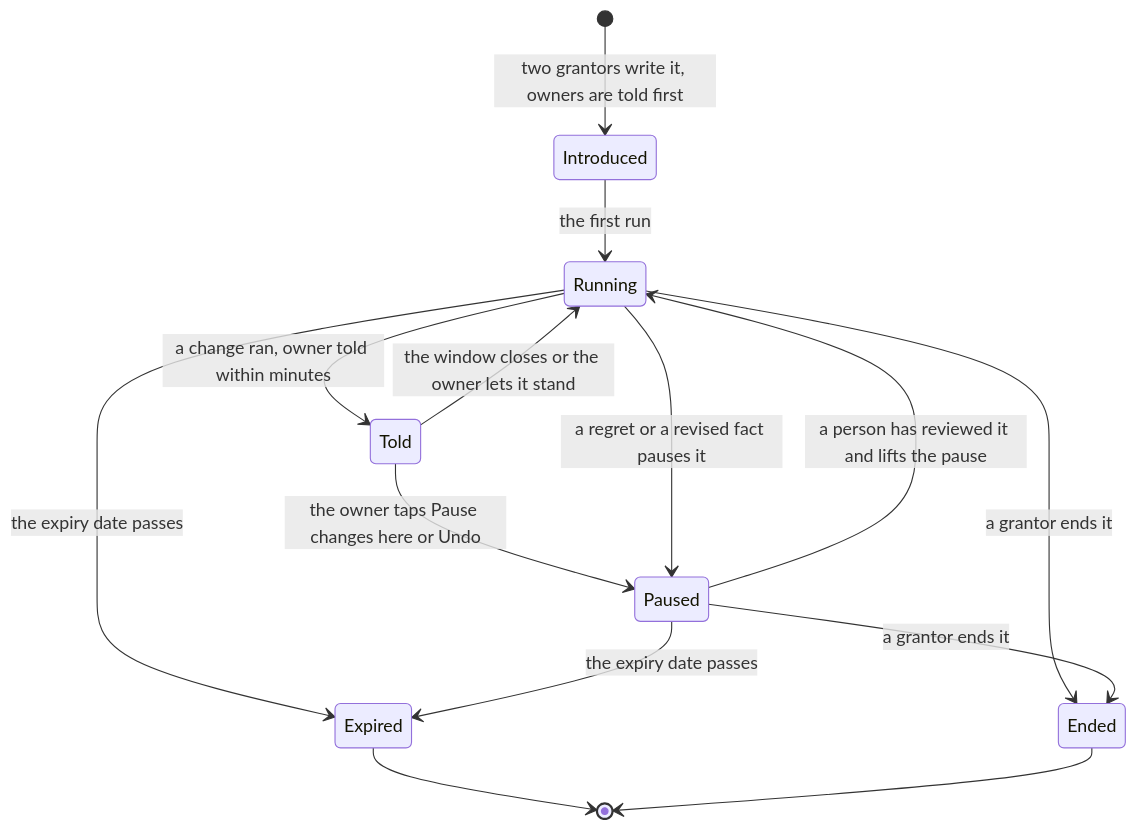
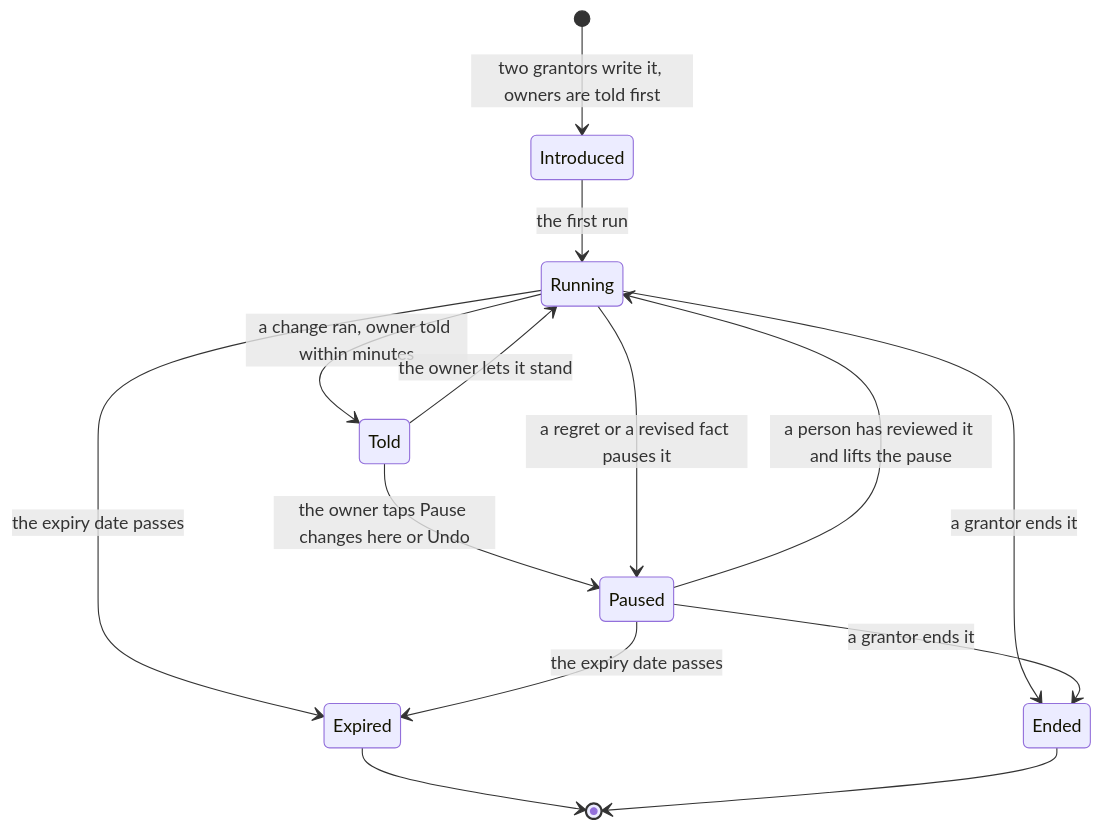
One commit to tinodo/meternaut changed the second of 2 diagrams in docs/experience/02-owner-journeys.md. Above: the diagram before and after it, drawn with Mermaid. The commit also changed other lines of this file and 28 other files, not shown here.

````diff
--- a/docs/experience/02-owner-journeys.md
+++ b/docs/experience/02-owner-journeys.md
@@ -134,16 +134,16 @@
 ```mermaid
 stateDiagram-v2
     [*] --> Introduced : two grantors write it, owners are told first
     Introduced --> Running : the first run
     Running --> Told : a change ran, owner told within minutes
-    Told --> Running : the window closes or the owner lets it stand
+    Told --> Running : the owner lets it stand
     Told --> Paused : the owner taps Pause changes here or Undo
     Running --> Paused : a regret or a revised fact pauses it
     Paused --> Running : a person has reviewed it and lifts the pause
     Running --> Expired : the expiry date passes
     Paused --> Expired : the expiry date passes
     Running --> Ended : a grantor ends it
     Paused --> Ended : a grantor ends it
     Expired --> [*]
     Ended --> [*]
 ```
````
